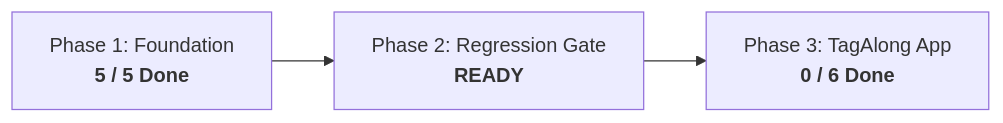
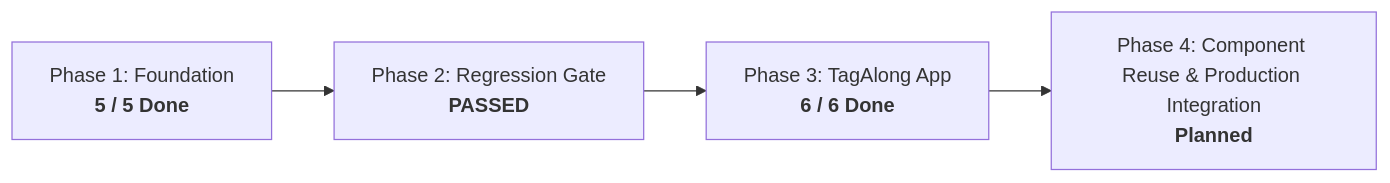
The diagram in docs/tagalong-task-tracker.md (maiatoday/tag-spotter), drawn with Mermaid before and after one commit. The commit also changed other lines of this file and 44 other files, not shown here.

First line of the commit message:
feat(tagalong): Introduce TagAlong AI companion application

````diff
--- a/docs/tagalong-task-tracker.md
+++ b/docs/tagalong-task-tracker.md
@@ -12,5 +13,6 @@
 ```mermaid
 flowchart LR
-    P1[Phase 1: Foundation<br><b>5 / 5 Done</b>] --> P2[Phase 2: Regression Gate<br><b>READY</b>]
-    P2 --> P3[Phase 3: TagAlong App<br><b>0 / 6 Done</b>]
+    P1[Phase 1: Foundation<br><b>5 / 5 Done</b>] --> P2[Phase 2: Regression Gate<br><b>PASSED</b>]
+    P2 --> P3[Phase 3: TagAlong App<br><b>6 / 6 Done</b>]
+    P3 --> P4[Phase 4: Component Reuse & Production Integration<br><b>Planned</b>]
 ```
````
